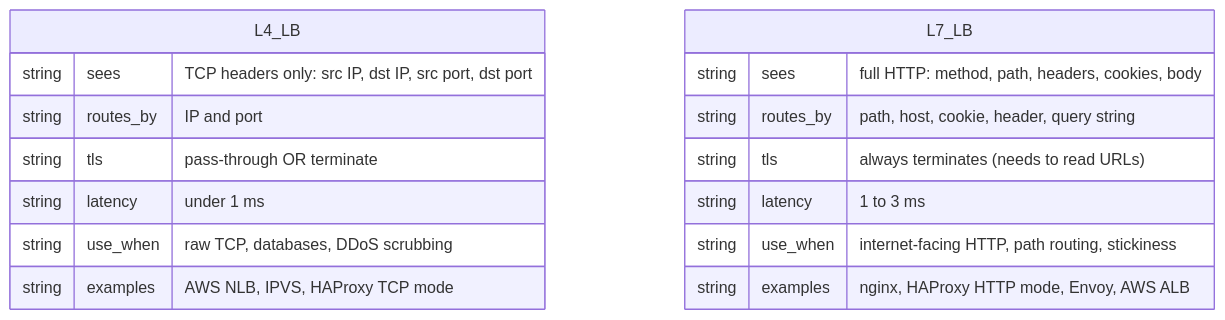
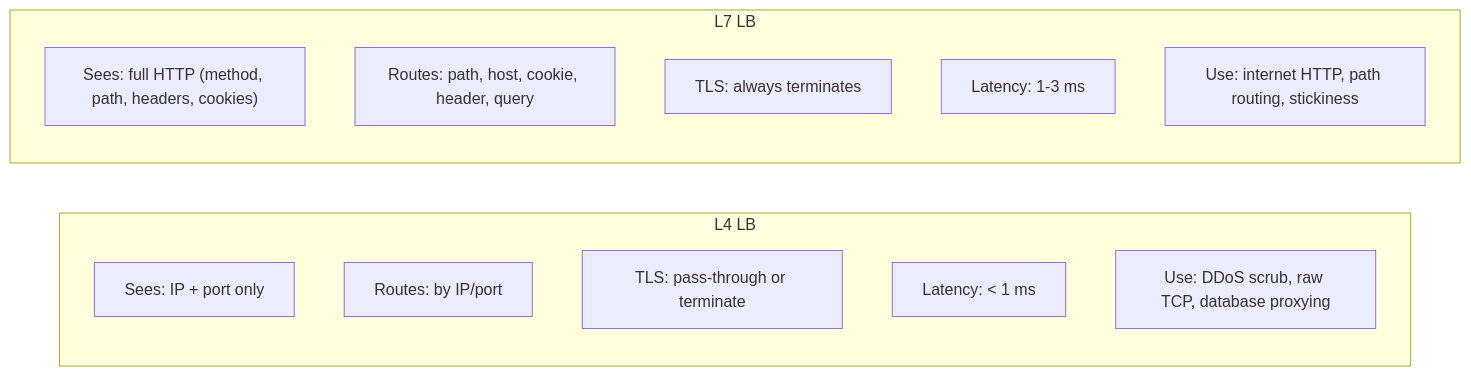
The second of 5 diagrams in problems/016-load-balancer/solution.md (shiningflash/system-design), drawn with Mermaid before and after one commit. The commit also changed other lines of this file and 37 other files, not shown here.

````diff
--- a/problems/016-load-balancer/solution.md
+++ b/problems/016-load-balancer/solution.md
@@ -194,20 +190,18 @@
 ```mermaid
-erDiagram
-    L4_LB {
-        string sees "TCP headers only: src IP, dst IP, src port, dst port"
-        string routes_by "IP and port"
-        string tls "pass-through OR terminate"
-        string latency "under 1 ms"
-        string use_when "raw TCP, databases, DDoS scrubbing"
-        string examples "AWS NLB, IPVS, HAProxy TCP mode"
-    }
+flowchart LR
+    subgraph L4["L4 LB"]
+        A["Sees: IP + port only"]
+        B["Routes: by IP/port"]
+        C["TLS: pass-through or terminate"]
+        D["Latency: < 1 ms"]
+        E["Use: DDoS scrub, raw TCP, database proxying"]
+    end
 
-    L7_LB {
-        string sees "full HTTP: method, path, headers, cookies, body"
-        string routes_by "path, host, cookie, header, query string"
-        string tls "always terminates (needs to read URLs)"
-        string latency "1 to 3 ms"
-        string use_when "internet-facing HTTP, path routing, stickiness"
-        string examples "nginx, HAProxy HTTP mode, Envoy, AWS ALB"
-    }
+    subgraph L7["L7 LB"]
+        F["Sees: full HTTP (method, path, headers, cookies)"]
+        G["Routes: path, host, cookie, header, query"]
+        H["TLS: always terminates"]
+        I["Latency: 1-3 ms"]
+        J["Use: internet HTTP, path routing, stickiness"]
+    end
 ```
````
